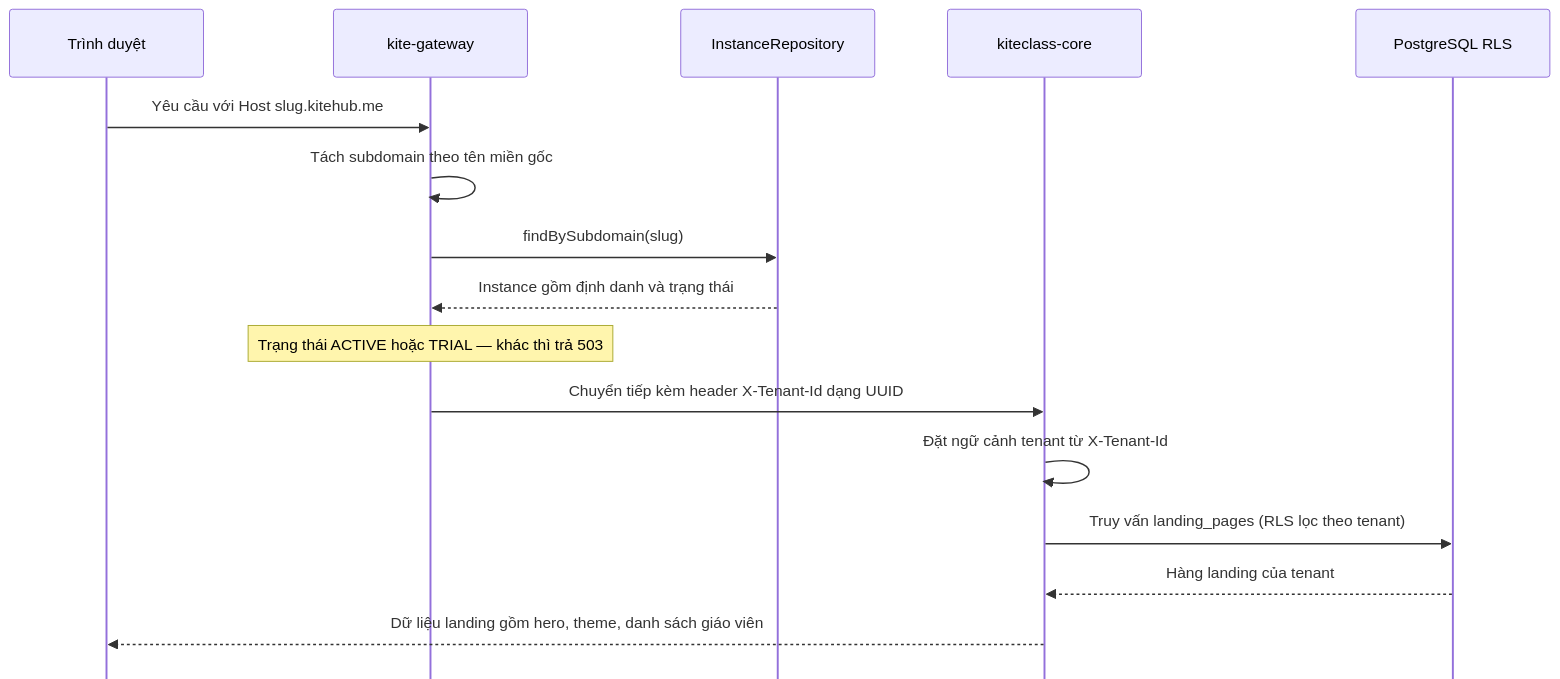
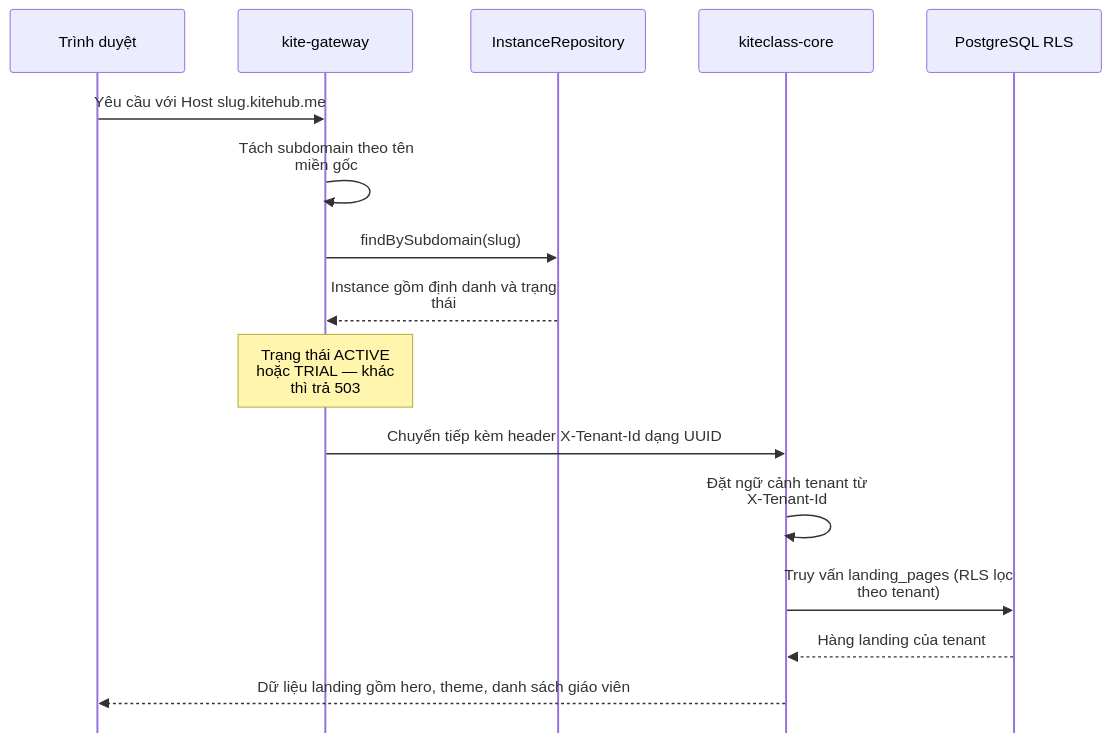
Before and after one commit to VictorAurelius/2026-Kite-Class-Platform: the seventh of 12 diagrams in documents/08-thesis/chapter-2-system-architecture.md, drawn with Mermaid. The commit also changed 1 other file, not shown here.

Commit message:
docs(thesis): enlarge Hình 2.4d font via wrap + compact margins + re-bake
Hình 2.4d sequence (tenant subdomain resolution) was too wide (5 actors + long
messages → aspect ~2.1 flat → small font when fit to page width). Fix:
- Enable sequence wrap:true → long messages break to 2 lines (per user OK)
- actorMargin 75→55, width 200→180, compact margins → narrower diagram
- fontSize 34→36 / messageFontSize 32→34 / noteFontSize 32→34
Result: aspect 2.1→1.46, rendered font ~44% taller. (No <br/> — banned in
sequenceDiagram per diagram-format-selection.md §4; wrap is the correct lever.)

````diff
--- a/documents/08-thesis/chapter-2-system-architecture.md
+++ b/documents/08-thesis/chapter-2-system-architecture.md
@@ -499,20 +499,20 @@
 ```mermaid
-%%{init: {"sequence": {"diagramMarginX": 50, "diagramMarginY": 25, "actorMargin": 75, "width": 200, "height": 70, "boxMargin": 18, "messageMargin": 50, "mirrorActors": false}, "themeVariables": {"fontSize": "34px", "messageFontSize": "32px", "noteFontSize": "32px"}}}%%
+%%{init: {"sequence": {"diagramMarginX": 30, "diagramMarginY": 20, "actorMargin": 55, "width": 180, "height": 65, "boxMargin": 14, "boxTextMargin": 8, "noteMargin": 12, "messageMargin": 40, "mirrorActors": false, "wrap": true}, "themeVariables": {"fontSize": "36px", "messageFontSize": "34px", "noteFontSize": "34px"}}}%%
 sequenceDiagram
     participant B as Trình duyệt
     participant GW as kite-gateway
     participant IR as InstanceRepository
     participant Core as kiteclass-core
     participant DB as PostgreSQL RLS
 
     B->>GW: Yêu cầu với Host slug.kitehub.me
     GW->>GW: Tách subdomain theo tên miền gốc
     GW->>IR: findBySubdomain(slug)
     IR-->>GW: Instance gồm định danh và trạng thái
     Note over GW: Trạng thái ACTIVE hoặc TRIAL — khác thì trả 503
     GW->>Core: Chuyển tiếp kèm header X-Tenant-Id dạng UUID
     Core->>Core: Đặt ngữ cảnh tenant từ X-Tenant-Id
     Core->>DB: Truy vấn landing_pages (RLS lọc theo tenant)
     DB-->>Core: Hàng landing của tenant
     Core-->>B: Dữ liệu landing gồm hero, theme, danh sách giáo viên
 ```
````
